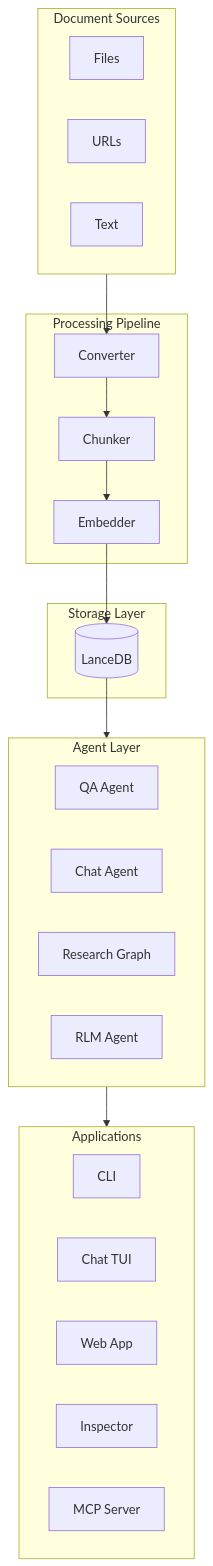
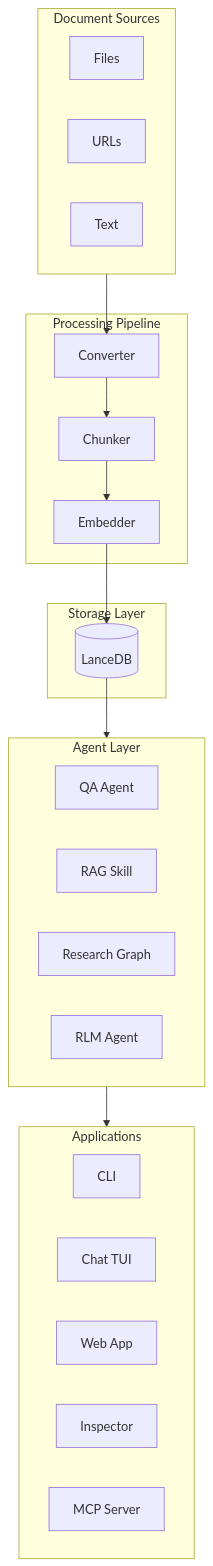
The first of 5 diagrams in docs/architecture.md (ggozad/haiku.rag), drawn with Mermaid before and after one commit. The commit also changed other lines of this file and 10 other files, not shown here.

````diff
--- a/docs/architecture.md
+++ b/docs/architecture.md
@@ -7,41 +7,41 @@
 ```mermaid
 flowchart TB
     subgraph Sources["Document Sources"]
         Files[Files]
         URLs[URLs]
         Text[Text]
     end
 
     subgraph Processing["Processing Pipeline"]
         Converter[Converter]
         Chunker[Chunker]
         Embedder[Embedder]
     end
 
     subgraph Storage["Storage Layer"]
         LanceDB[(LanceDB)]
     end
 
     subgraph Agents["Agent Layer"]
         QA[QA Agent]
-        Chat[Chat Agent]
+        Skill[RAG Skill]
         Research[Research Graph]
         RLM[RLM Agent]
     end
 
     subgraph Apps["Applications"]
         CLI[CLI]
         ChatTUI[Chat TUI]
         WebApp[Web App]
         Inspector[Inspector]
         MCP[MCP Server]
     end
 
     Sources --> Converter
     Converter --> Chunker
     Chunker --> Embedder
     Embedder --> LanceDB
 
     LanceDB --> Agents
     Agents --> Apps
 ```
````
